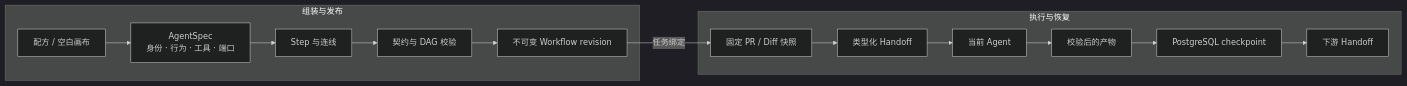
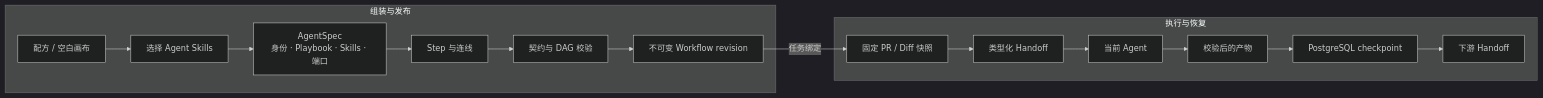
Before and after one commit to God1007/EvoAgent: the first of 2 diagrams in README.md, drawn with Mermaid (dark theme). The commit also changed other lines of this file and 10 other files, not shown here.

````diff
--- a/README.md
+++ b/README.md
@@ -48,17 +49,18 @@
 ```mermaid
 flowchart LR
     subgraph CONTROL[组装与发布]
-        RECIPE[配方 / 空白画布] --> SPEC[AgentSpec<br/>身份 · 行为 · 工具 · 端口]
+        RECIPE[配方 / 空白画布] --> SKILLS[选择 Agent Skills]
+        SKILLS --> SPEC[AgentSpec<br/>身份 · Playbook · Skills · 端口]
         SPEC --> STEP[Step 与连线]
         STEP --> CHECK[契约与 DAG 校验]
         CHECK --> VERSION[不可变 Workflow revision]
     end
     subgraph RUNTIME[执行与恢复]
         SNAP[固定 PR / Diff 快照] --> IN[类型化 Handoff]
         IN --> AGENT[当前 Agent]
         AGENT --> OUTPUT[校验后的产物]
         OUTPUT --> CP[PostgreSQL checkpoint]
         CP --> NEXT[下游 Handoff]
     end
     VERSION -->|任务绑定| SNAP
 ```
````
